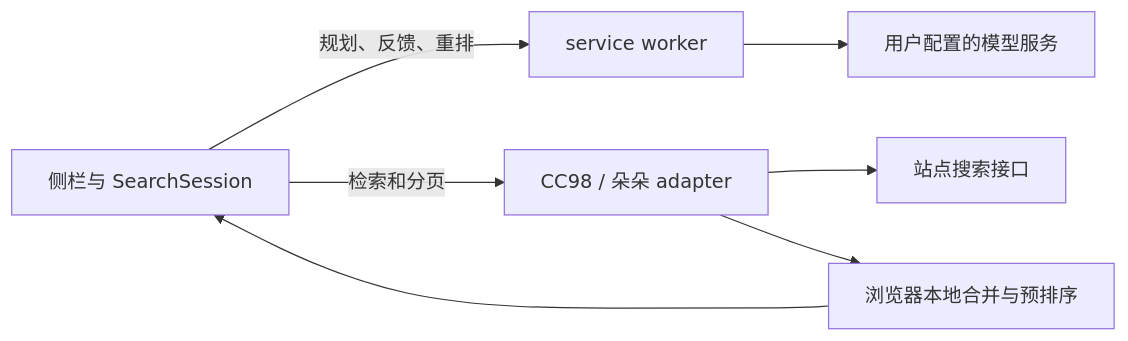
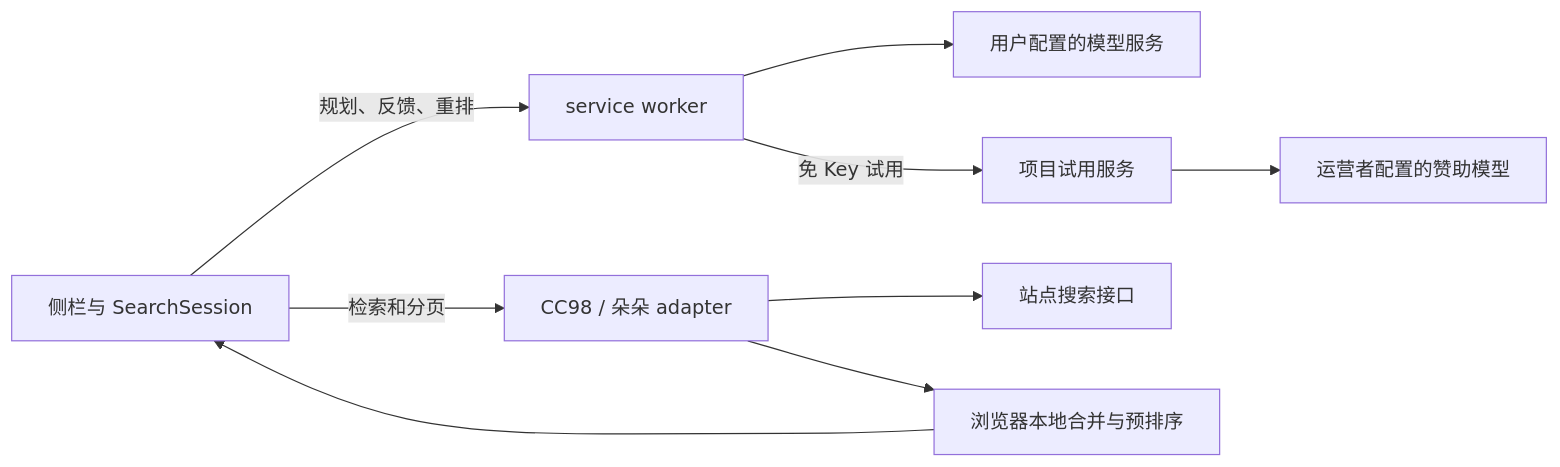
The diagram in README.md (kenqia/zju-forum-search), drawn with Mermaid before and after one commit. The commit also changed other lines of this file and 28 other files, not shown here.

````diff
--- a/README.md
+++ b/README.md
@@ -62,9 +72,11 @@
 ```mermaid
 flowchart LR
     UI[侧栏与 SearchSession] -->|规划、反馈、重排| BG[service worker]
     BG --> MODEL[用户配置的模型服务]
+    BG -->|免 Key 试用| RELAY[项目试用服务]
+    RELAY --> SPONSOR[运营者配置的赞助模型]
     UI -->|检索和分页| SOURCE[CC98 / 朵朵 adapter]
     SOURCE --> SITE[站点搜索接口]
     SOURCE --> LOCAL[浏览器本地合并与预排序]
     LOCAL --> UI
 ```
````
